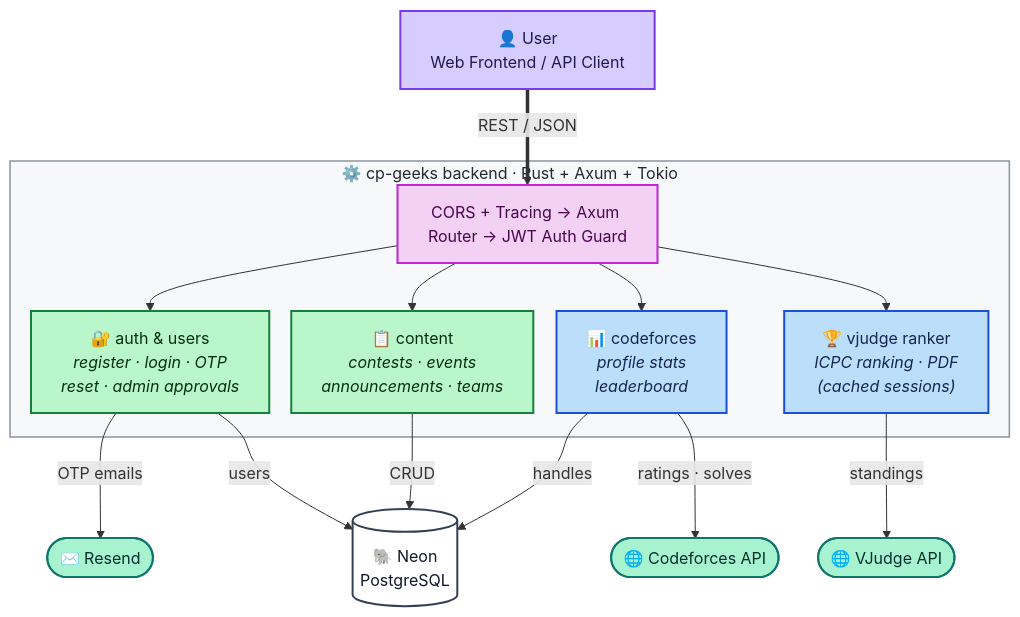
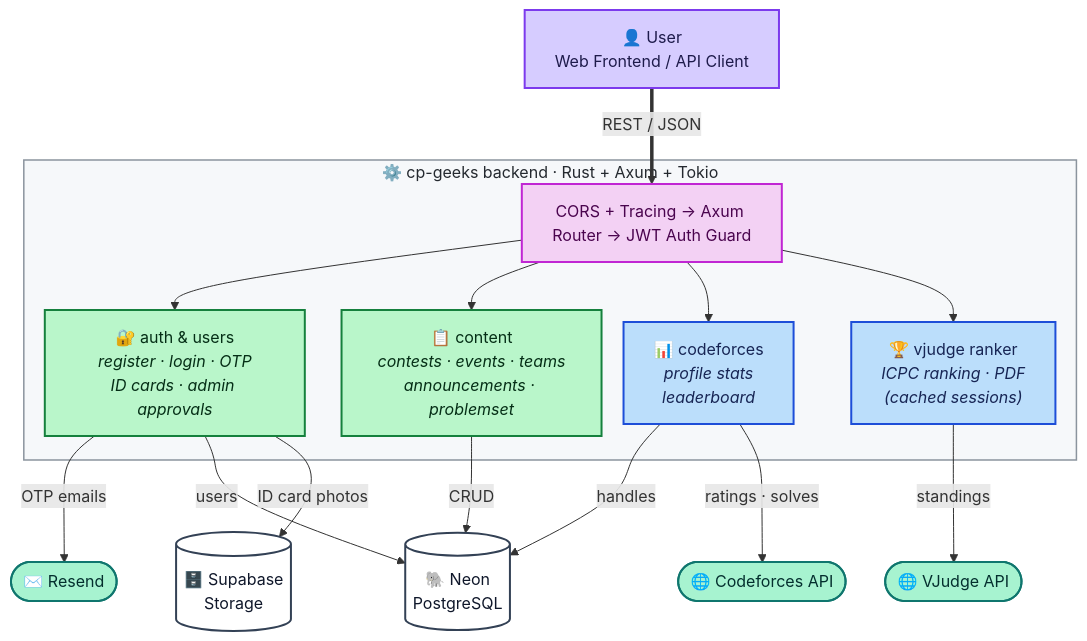
One commit to sust-cp-geeks/cp-geeks-backend changed the diagram in README.md. Above: the diagram before and after it, drawn with Mermaid. The commit also changed other lines of this file and 2 other files, not shown here.

````diff
--- a/README.md
+++ b/README.md
@@ -12,49 +12,51 @@
 ```mermaid
 %%{init: {"flowchart": {"nodeSpacing": 22, "rankSpacing": 48}}}%%
 flowchart TD
     user["👤 User<br/>Web Frontend / API Client"]
 
     subgraph backend["⚙️ cp-geeks backend · Rust + Axum + Tokio"]
         pipeline["CORS + Tracing → Axum Router → JWT Auth Guard"]
 
-        auth["🔐 auth & users<br/><i>register · login · OTP<br/>reset · admin approvals</i>"]
-        content["📋 content<br/><i>contests · events<br/>announcements · teams</i>"]
+        auth["🔐 auth & users<br/><i>register · login · OTP<br/>ID cards · admin approvals</i>"]
+        content["📋 content<br/><i>contests · events · teams<br/>announcements · problemset</i>"]
         cf["📊 codeforces<br/><i>profile stats<br/>leaderboard</i>"]
         ranker["🏆 vjudge ranker<br/><i>ICPC ranking · PDF<br/>(cached sessions)</i>"]
 
         pipeline --> auth
         pipeline --> content
         pipeline --> cf
         pipeline --> ranker
     end
 
     db[("🐘 Neon<br/>PostgreSQL")]
+    store[("🗄️ Supabase<br/>Storage")]
     resend(["✉️ Resend"])
     cf_api(["🌐 Codeforces API"])
     vj_api(["🌐 VJudge API"])
 
     user == "REST / JSON" ==> pipeline
 
     auth -- "OTP emails" --> resend
     auth -- "users" --> db
+    auth -- "ID card photos" --> store
     content -- "CRUD" --> db
     cf -- "handles" --> db
     cf -- "ratings · solves" --> cf_api
     ranker -- "standings" --> vj_api
 
     style backend fill:#f6f8fa,stroke:#8b949e,color:#24292f,stroke-width:1.5px;
 
     classDef userStyle fill:#d6ccff,stroke:#7c3aed,color:#1e1b4b,stroke-width:2px;
     classDef pipeStyle fill:#f3d1f4,stroke:#c026d3,color:#4a044e,stroke-width:2px;
     classDef svcStyle fill:#b9f6ca,stroke:#15803d,color:#052e16,stroke-width:2px;
     classDef ioStyle fill:#bbdefb,stroke:#1d4ed8,color:#172554,stroke-width:2px;
     classDef dbStyle fill:#fff,stroke:#334155,color:#0f172a,stroke-width:2px;
     classDef extStyle fill:#a7f3d0,stroke:#0f766e,color:#042f2e,stroke-width:2px;
 
     class user userStyle;
     class pipeline pipeStyle;
     class auth,content svcStyle;
     class cf,ranker ioStyle;
-    class db dbStyle;
+    class db,store dbStyle;
     class resend,cf_api,vj_api extStyle;
 ```
````
